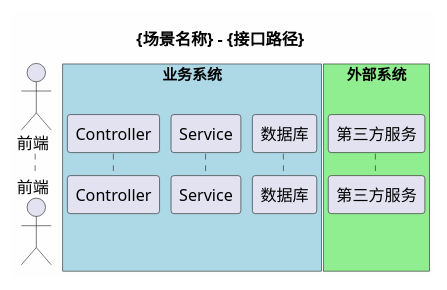
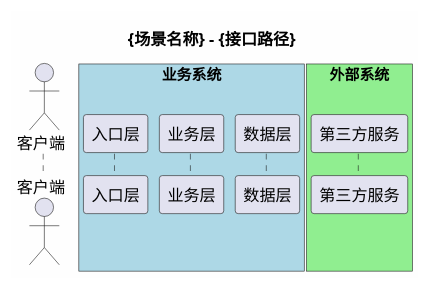
One commit to TerryGSL/myskills changed the diagram in tech-design-doc/SKILL.md. Above: the diagram before and after it, drawn with PlantUML. The commit also changed other lines of this file and 21 other files, not shown here.

````diff
--- a/tech-design-doc/SKILL.md
+++ b/tech-design-doc/SKILL.md
@@ -377,21 +435,26 @@
 ```plantuml
 @startuml
 title {场景名称} - {接口路径}
 
 skinparam sequenceArrowThickness 2
 skinparam backgroundColor #FEFEFE
 
-actor "前端" as Frontend
+actor "客户端" as Client
 box "业务系统" #LightBlue
-    participant "Controller" as Controller
-    participant "Service" as Service
-    participant "数据库" as DB
+    ' 根据技术栈替换实际层级名称
+    ' Java/Spring: Controller → Service → Repository
+    ' TypeScript/Express: Router → Service → Repository
+    ' Python/FastAPI: Router → Service → Repository
+    ' Go/Gin: Handler → Service → Repository
+    participant "入口层" as EntryLayer
+    participant "业务层" as ServiceLayer
+    participant "数据层" as DataLayer
 end box
 box "外部系统" #LightGreen
     participant "第三方服务" as External
 end box
 
 ' 交互流程...
 
 @enduml
 ```
````
